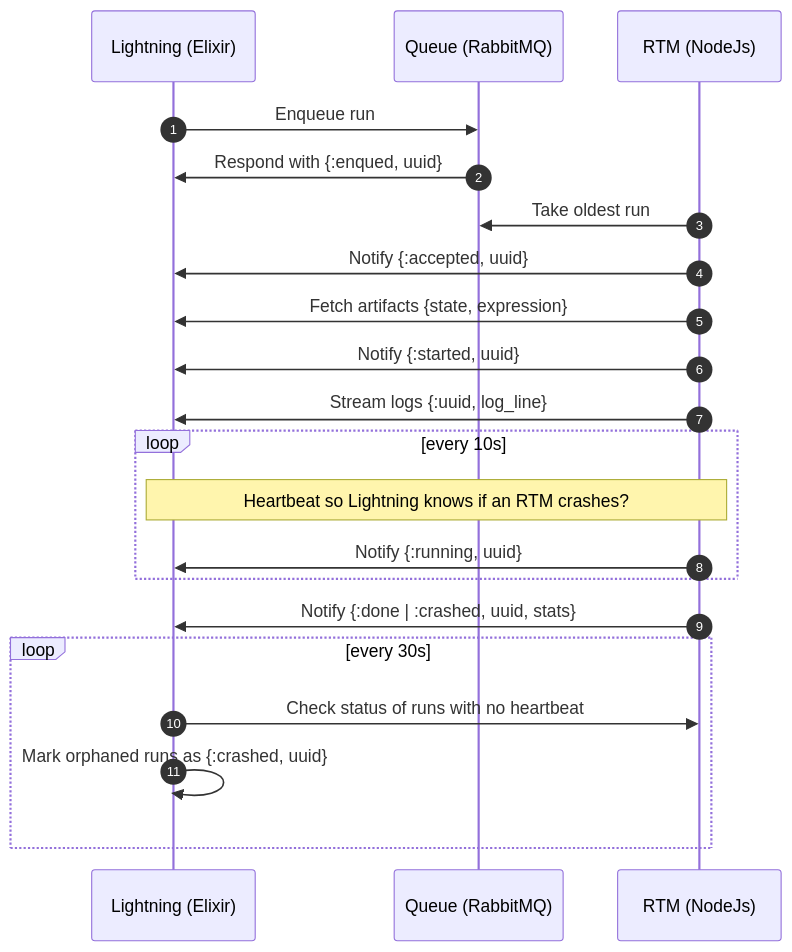
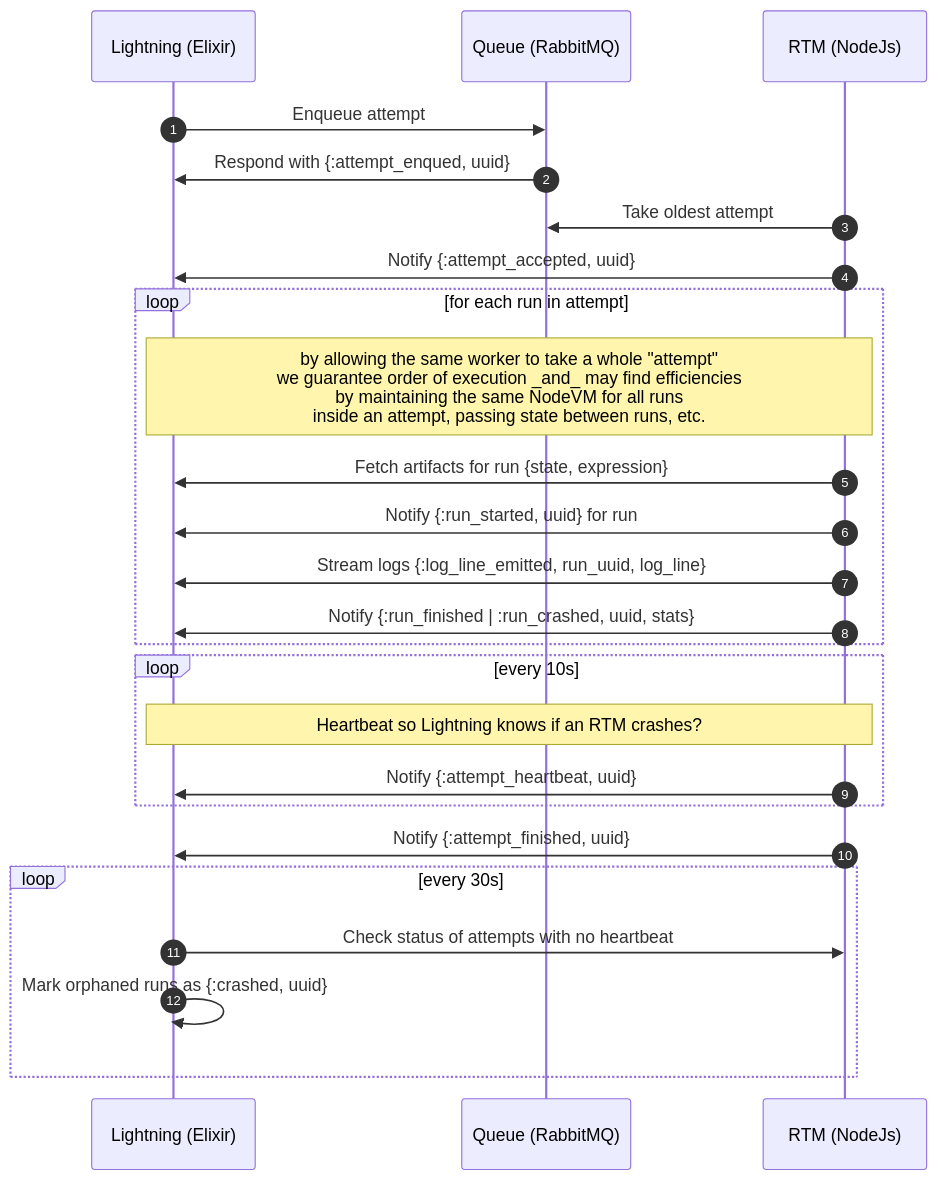
The diagram in web-queue-worker.md (OpenFn/lightning), drawn with Mermaid before and after one commit. The commit also changed other lines of this file, not shown here.

````diff
--- a/web-queue-worker.md
+++ b/web-queue-worker.md
@@ -5,23 +5,27 @@
 ```mermaid
 sequenceDiagram
 autonumber
     participant L as Lightning (Elixir)
     participant Q as Queue (RabbitMQ)
     participant R as RTM (NodeJs)
-    L->>Q: Enqueue run
-    Q->>L: Respond with {:enqued, uuid}
-    R->>Q: Take oldest run
-    R->>L: Notify {:accepted, uuid}
-    R->>L: Fetch artifacts {state, expression}
-    R->>L: Notify {:started, uuid}
-    R->>L: Stream logs {:uuid, log_line}
+    L->>Q: Enqueue attempt
+    Q->>L: Respond with {:attempt_enqued, uuid}
+    R->>Q: Take oldest attempt
+    R->>L: Notify {:attempt_accepted, uuid}
+    loop for each run in attempt
+    Note over L,R: by allowing the same worker to take a whole "attempt" <br> we guarantee order of execution _and_ may find efficiencies <br> by maintaining the same NodeVM for all runs <br> inside an attempt, passing state between runs, etc.
+    R->>L: Fetch artifacts for run {state, expression}
+    R->>L: Notify {:run_started, uuid} for run
+    R->>L: Stream logs {:log_line_emitted, run_uuid, log_line}
+    R->>L: Notify {:run_finished | :run_crashed, uuid, stats}
+    end
     loop every 10s
     Note over R,L: Heartbeat so Lightning knows if an RTM crashes?
-    R->>L: Notify {:running, uuid}
+    R->>L: Notify {:attempt_heartbeat, uuid}
     end
-    R->>L: Notify {:done | :crashed, uuid, stats}
+    R->>L: Notify {:attempt_finished, uuid}
     loop every 30s
-    L->>R: Check status of runs with no heartbeat
+    L->>R: Check status of attempts with no heartbeat
     L->>L: Mark orphaned runs as {:crashed, uuid}
     end
 ```
````
